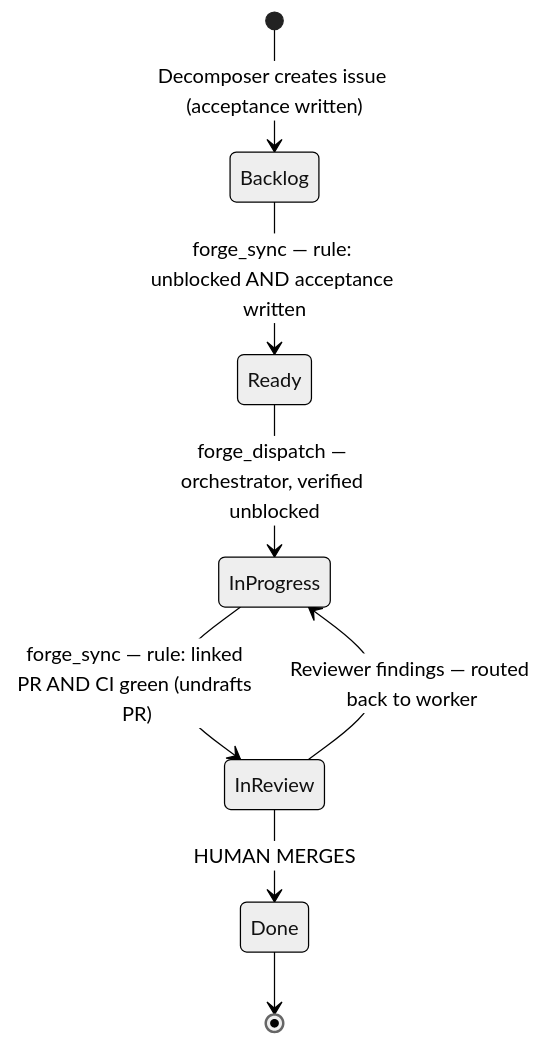
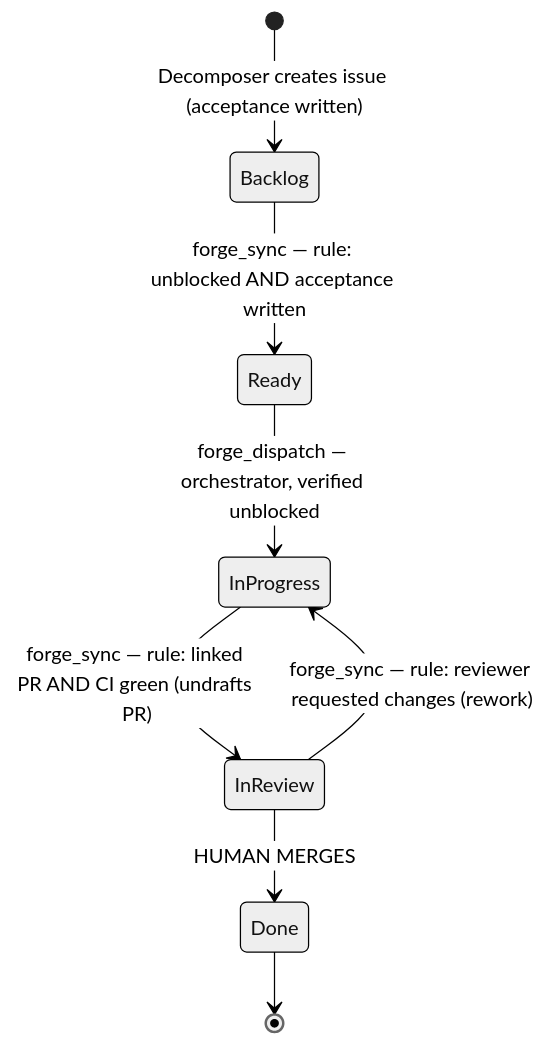
One commit to mjaric/omp-plugins changed the second of 4 diagrams in plugins/forge/docs/sdlc.md. Above: the diagram before and after it, drawn with Mermaid (neutral theme). The commit also changed other lines of this file and 15 other files, not shown here.

````diff
--- a/plugins/forge/docs/sdlc.md
+++ b/plugins/forge/docs/sdlc.md
@@ -94,10 +94,10 @@
 ```mermaid
 stateDiagram-v2
   [*] --> Backlog: Decomposer creates issue (acceptance written)
   Backlog --> Ready: forge_sync — rule: unblocked AND acceptance written
   Ready --> InProgress: forge_dispatch — orchestrator, verified unblocked
   InProgress --> InReview: forge_sync — rule: linked PR AND CI green (undrafts PR)
-  InReview --> InProgress: Reviewer findings — routed back to worker
+  InReview --> InProgress: forge_sync — rule: reviewer requested changes (rework)
   InReview --> Done: HUMAN MERGES
   Done --> [*]
 ```
````
